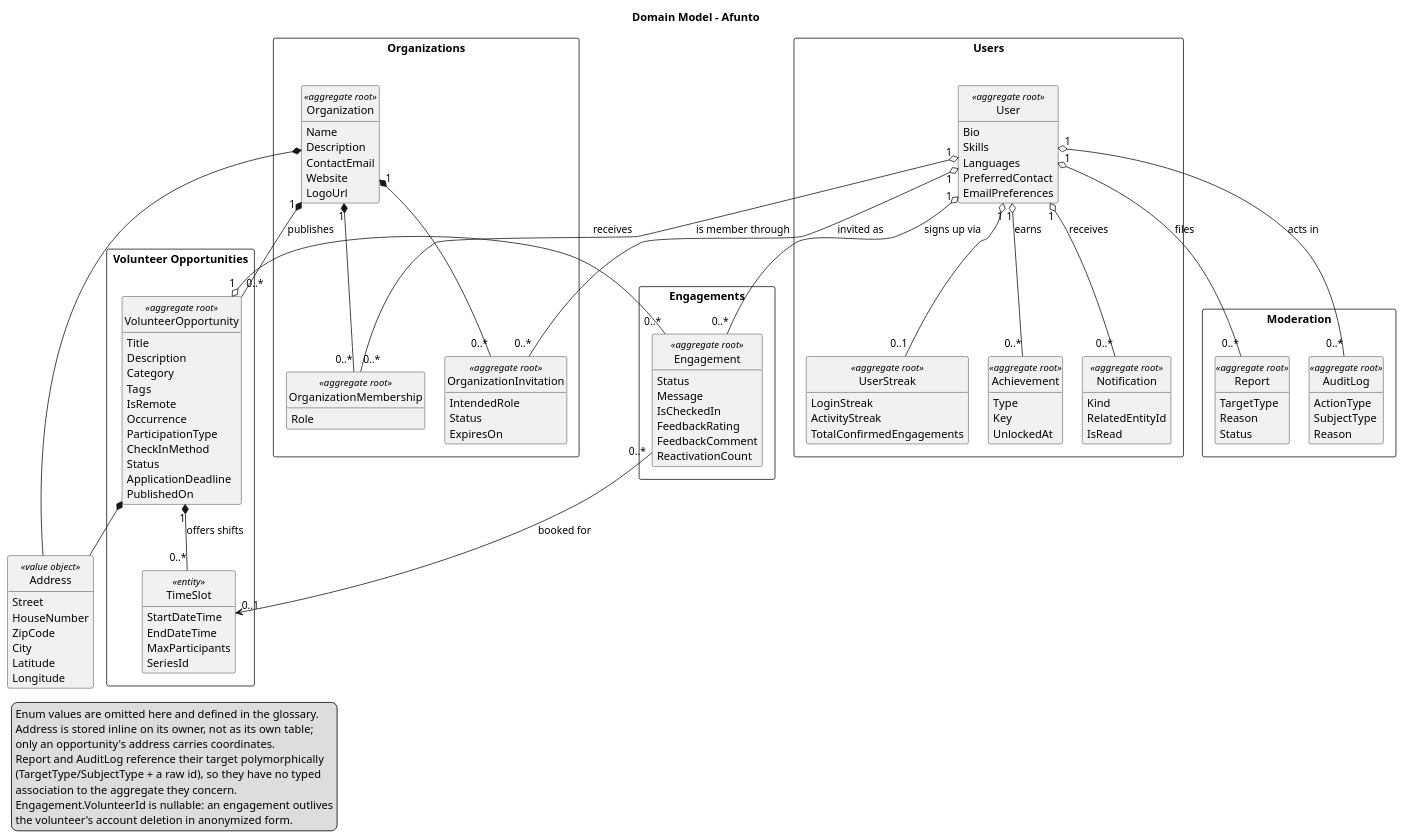
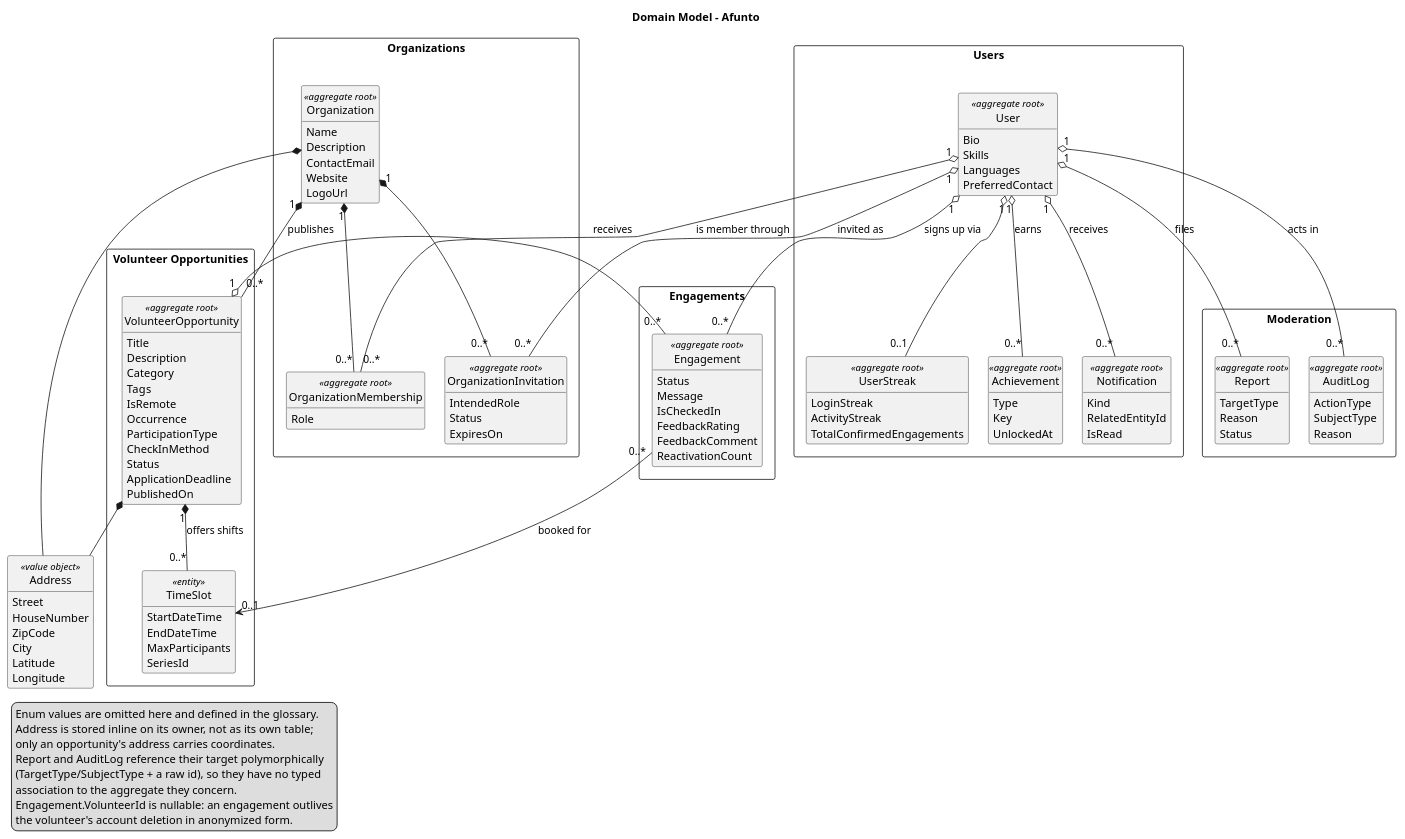
Before and after one commit to maik-hasler/afunto: the diagram in docs/Architecture/images/domain-model.puml, drawn with PlantUML. The commit also changed 165 other files, not shown here.

```diff
--- a/docs/Architecture/images/domain-model.puml
+++ b/docs/Architecture/images/domain-model.puml
@@ -1,147 +1,146 @@
 @startuml Domain Model
 
 title Domain Model - Afunto
 
 hide circle
 hide methods
 skinparam classAttributeIconSize 0
 skinparam packageStyle rectangle
 skinparam nodesep 25
 skinparam ranksep 45
 
 package Organizations <<Rectangle>> {
 	class Organization <<aggregate root>> {
 		Name
 		Description
 		ContactEmail
 		Website
 		LogoUrl
 	}
 
 	class OrganizationMembership <<aggregate root>> {
 		Role
 	}
 
 	class OrganizationInvitation <<aggregate root>> {
 		IntendedRole
 		Status
 		ExpiresOn
 	}
 }
 
 package "Volunteer Opportunities" <<Rectangle>> {
 	class VolunteerOpportunity <<aggregate root>> {
 		Title
 		Description
 		Category
 		Tags
 		IsRemote
 		Occurrence
 		ParticipationType
 		CheckInMethod
 		Status
 		ApplicationDeadline
 		PublishedOn
 	}
 
 	class TimeSlot <<entity>> {
 		StartDateTime
 		EndDateTime
 		MaxParticipants
 		SeriesId
 	}
 }
 
 package Engagements <<Rectangle>> {
 	class Engagement <<aggregate root>> {
 		Status
 		Message
 		IsCheckedIn
 		FeedbackRating
 		FeedbackComment
 		ReactivationCount
 	}
 }
 
 package Users <<Rectangle>> {
 	class User <<aggregate root>> {
 		Bio
 		Skills
 		Languages
 		PreferredContact
-		EmailPreferences
 	}
 
 	class UserStreak <<aggregate root>> {
 		LoginStreak
 		ActivityStreak
 		TotalConfirmedEngagements
 	}
 
 	class Achievement <<aggregate root>> {
 		Type
 		Key
 		UnlockedAt
 	}
 
 	class Notification <<aggregate root>> {
 		Kind
 		RelatedEntityId
 		IsRead
 	}
 }
 
 package Moderation <<Rectangle>> {
 	class Report <<aggregate root>> {
 		TargetType
 		Reason
 		Status
 	}
 
 	class AuditLog <<aggregate root>> {
 		ActionType
 		SubjectType
 		Reason
 	}
 }
 
 class Address <<value object>> {
 	Street
 	HouseNumber
 	ZipCode
 	City
 	Latitude
 	Longitude
 }
 
 Organization "1" *-- "0..*" VolunteerOpportunity : publishes
 VolunteerOpportunity "1" *-- "0..*" TimeSlot : offers shifts
 VolunteerOpportunity "1" o-- "0..*" Engagement : receives
 Engagement "0..*" --> "0..1" TimeSlot : booked for
 VolunteerOpportunity *-- Address
 Organization *-- Address
 
 Organization "1" *-- "0..*" OrganizationMembership
 Organization "1" *-- "0..*" OrganizationInvitation
 
 User "1" o-- "0..*" Engagement : signs up via
 User "1" o-- "0..*" OrganizationMembership : is member through
 User "1" o-- "0..*" OrganizationInvitation : invited as
 User "1" o-- "0..1" UserStreak
 User "1" o-- "0..*" Achievement : earns
 User "1" o-- "0..*" Notification : receives
 User "1" o-- "0..*" Report : files
 User "1" o-- "0..*" AuditLog : acts in
 
 legend bottom left
 	Enum values are omitted here and defined in the glossary.
 	Address is stored inline on its owner, not as its own table;
 	only an opportunity's address carries coordinates.
 	Report and AuditLog reference their target polymorphically
 	(TargetType/SubjectType + a raw id), so they have no typed
 	association to the aggregate they concern.
 	Engagement.VolunteerId is nullable: an engagement outlives
 	the volunteer's account deletion in anonymized form.
 end legend
 
 @enduml
```
